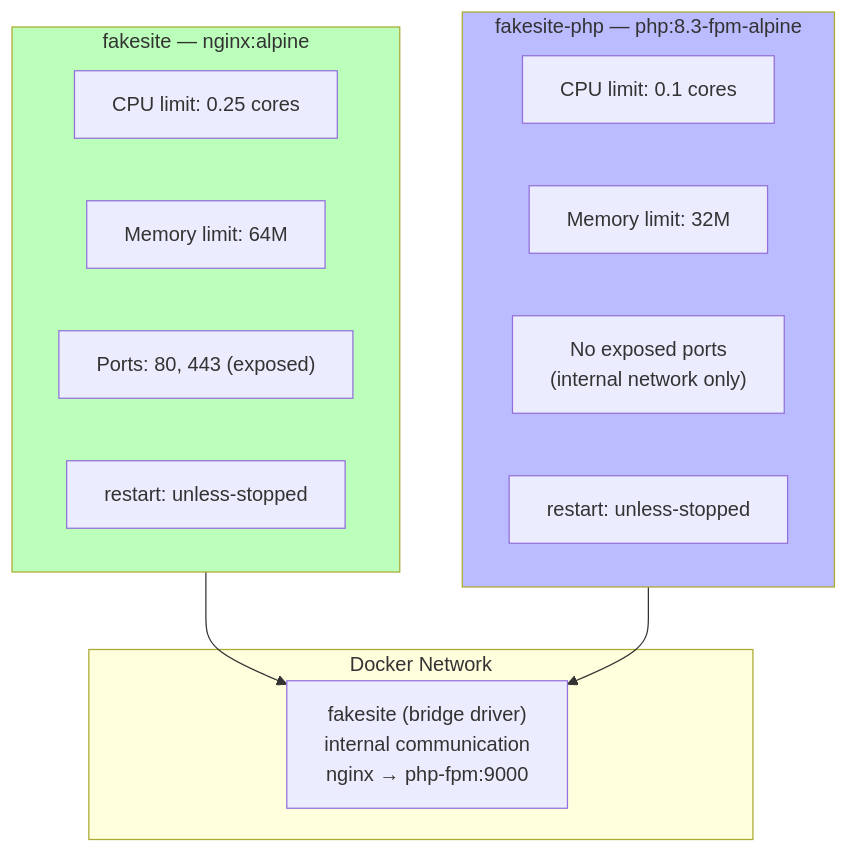
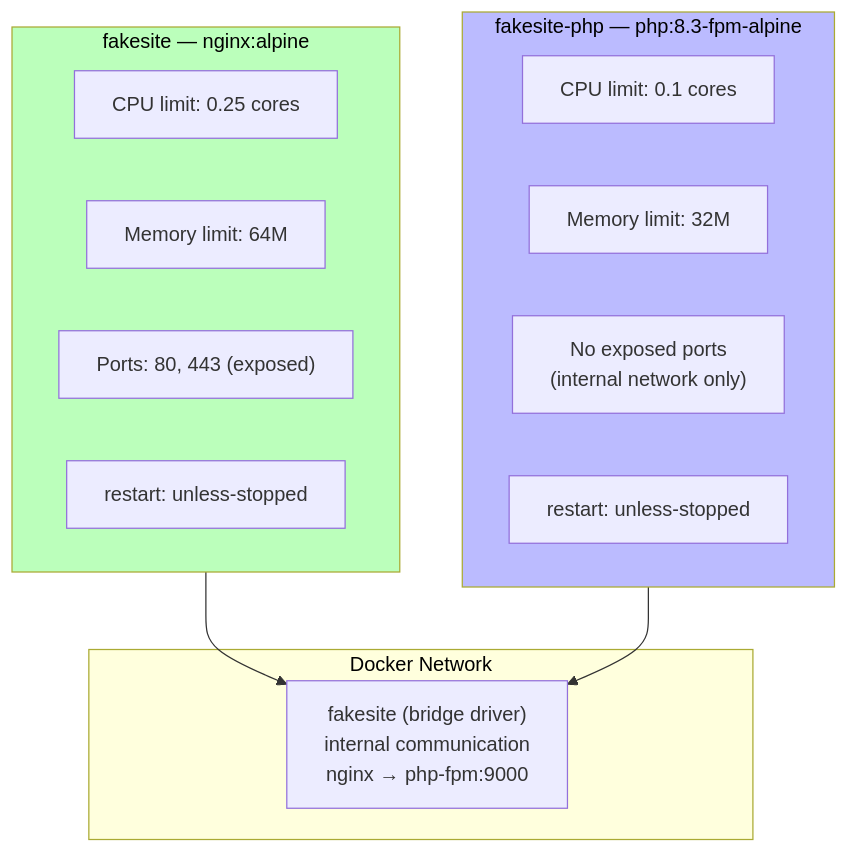
One commit to iqubik/myfakesite changed diagram 13 of 14 in docs/myshpere-logic.md. Above: the diagram before and after it, drawn with Mermaid. The commit also changed other lines of this file, not shown here.

````diff
--- a/docs/myshpere-logic.md
+++ b/docs/myshpere-logic.md
@@ -536,27 +536,27 @@
 ```mermaid
 flowchart TD
   subgraph NGINX [fakesite — nginx:alpine]
     N_CPU["CPU limit: 0.25 cores"]
     N_RAM["Memory limit: 64M"]
     N_PORTS["Ports: 80, 443 (exposed)"]
     N_RESTART["restart: unless-stopped"]
   end
 
   subgraph PHP [fakesite-php — php:8.3-fpm-alpine]
     P_CPU["CPU limit: 0.1 cores"]
     P_RAM["Memory limit: 32M"]
     P_PORTS["No exposed ports\n(internal network only)"]
     P_RESTART["restart: unless-stopped"]
   end
 
   subgraph NETWORK [Docker Network]
     NET["fakesite (bridge driver)\ninternal communication\nnginx → php-fpm:9000"]
   end
 
   NGINX --> NET
   PHP --> NET
 
-  style NGINX fill:#bfb
-  style PHP fill:#bbf
-  style NETWORK fill:#ffd
+  style NGINX fill:#bfb,color:#000
+  style PHP fill:#bbf,color:#000
+  style NETWORK fill:#ffd,color:#000
 ```
````
